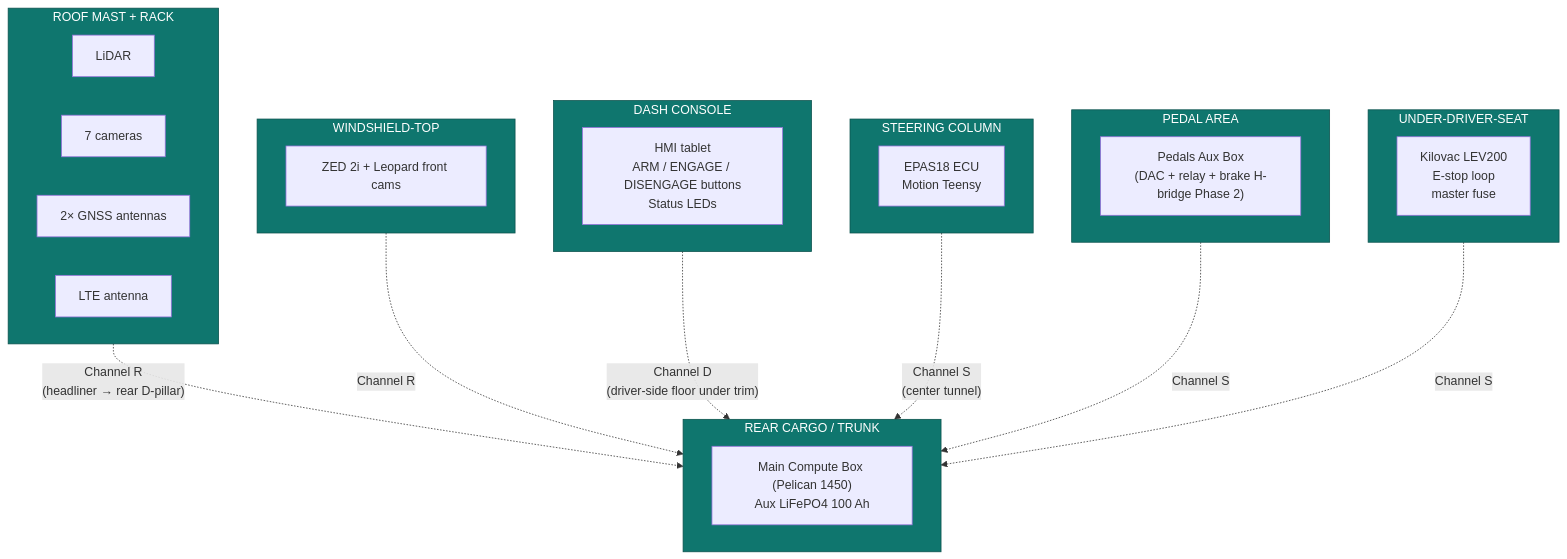
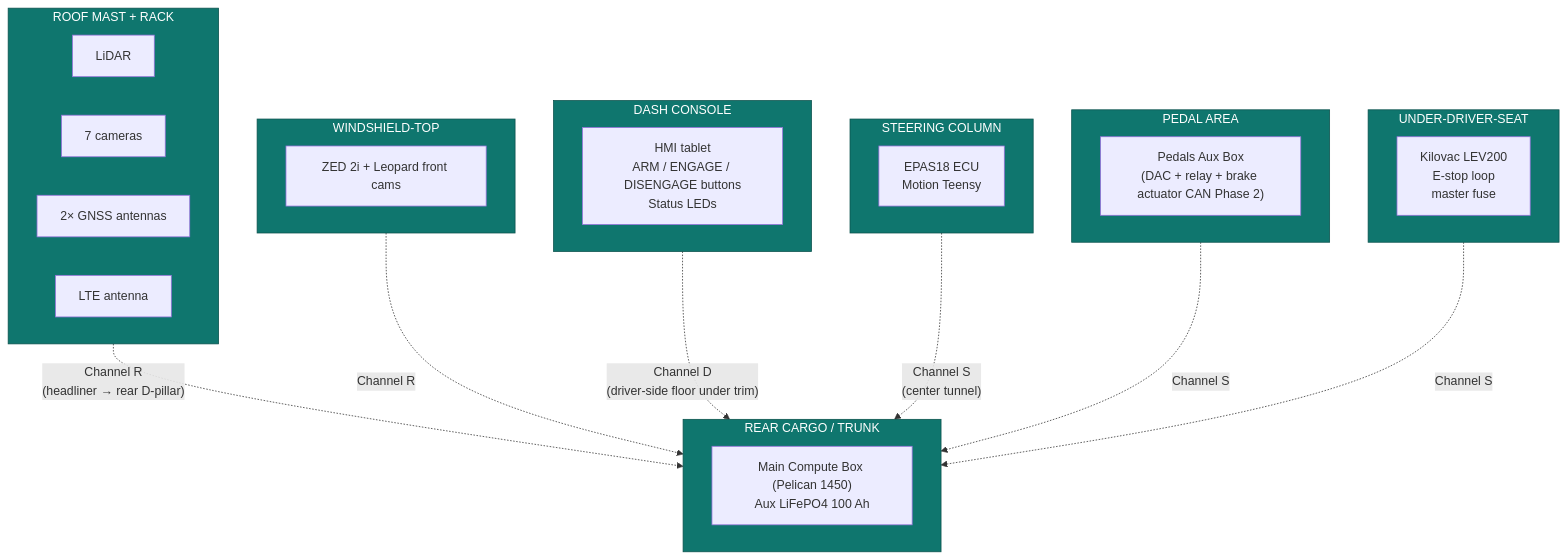
Before and after one commit to AnikS22/golf-cart-code: the fifth of 6 diagrams in Hardware/WIRING_DIAGRAM.md, drawn with Mermaid. The commit also changed other lines of this file and 9 other files, not shown here.

````diff
--- a/Hardware/WIRING_DIAGRAM.md
+++ b/Hardware/WIRING_DIAGRAM.md
@@ -202,44 +202,44 @@
 ```mermaid
 flowchart TB
   subgraph Roof["ROOF MAST + RACK"]
     direction LR
     R1[LiDAR]
     R2[7 cameras]
     R3[2× GNSS antennas]
     R4[LTE antenna]
   end
 
   subgraph WS["WINDSHIELD-TOP"]
     WSlot[ZED 2i + Leopard front cams]
   end
 
   subgraph Dash["DASH CONSOLE"]
     Dlot["HMI tablet<br/>ARM / ENGAGE / DISENGAGE buttons<br/>Status LEDs"]
   end
 
   subgraph Steer["STEERING COLUMN"]
     Slot["EPAS18 ECU<br/>Motion Teensy"]
   end
 
   subgraph Pedal["PEDAL AREA"]
-    Plot["Pedals Aux Box<br/>(DAC + relay + brake H-bridge Phase 2)"]
+    Plot["Pedals Aux Box<br/>(DAC + relay + brake actuator CAN Phase 2)"]
   end
 
   subgraph Seat["UNDER-DRIVER-SEAT"]
     Stlot["Kilovac LEV200<br/>E-stop loop<br/>master fuse"]
   end
 
   subgraph Trunk["REAR CARGO / TRUNK"]
     Tlot["Main Compute Box (Pelican 1450)<br/>Aux LiFePO4 100 Ah"]
   end
 
   Roof  -.->|"Channel R<br/>(headliner → rear D-pillar)"| Trunk
   WS    -.->|Channel R| Trunk
   Dash  -.->|"Channel D<br/>(driver-side floor under trim)"| Trunk
   Steer -.->|"Channel S<br/>(center tunnel)"| Trunk
   Pedal -.->|Channel S| Trunk
   Seat  -.->|Channel S| Trunk
 
   classDef zone fill:#0f766e,stroke:#0b524d,color:#fff
   class Roof,WS,Dash,Steer,Pedal,Seat,Trunk zone
 ```
````
